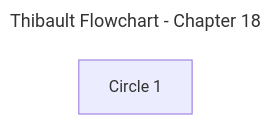
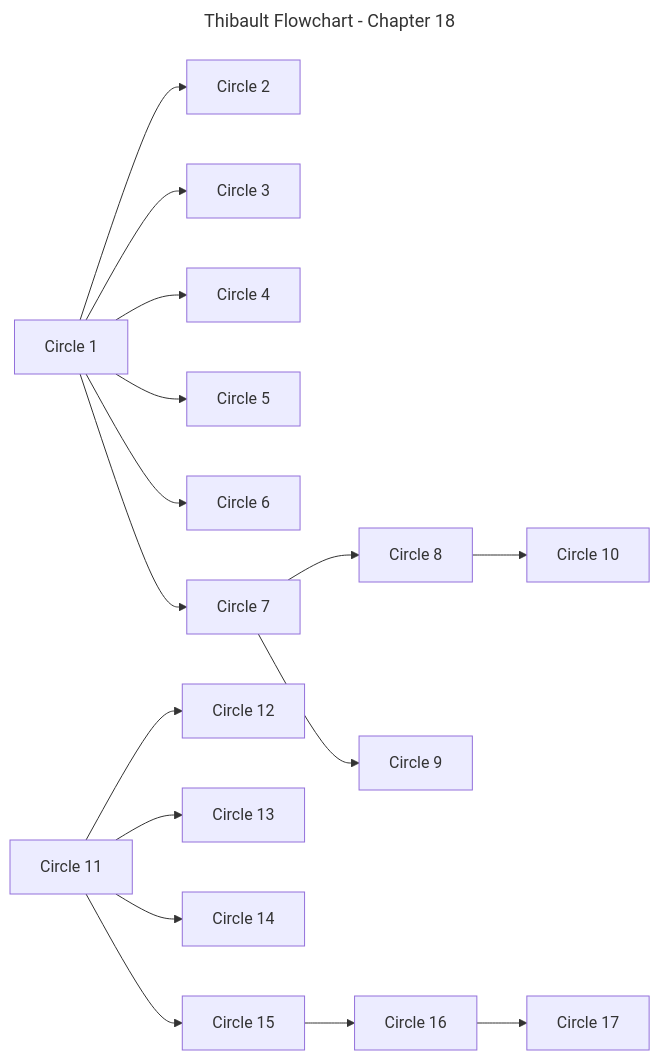
Before and after one commit to aquesnel/thibault-flowchart: the diagram in flowchart-per-chapter/chapter-18.mmd, drawn with Mermaid. The commit also changed other lines of this file, not shown here.

Commit message:
feat(ch18): initial flowchart of the circles

```diff
--- a/flowchart-per-chapter/chapter-18.mmd
+++ b/flowchart-per-chapter/chapter-18.mmd
@@ -1,10 +1,43 @@
 ---
 title: Thibault Flowchart - Chapter 18
 config:
   layout: dagre
   flowchart:
     htmlLabels: false
 ---
 flowchart LR
-	%% Nodes
-	B1_T18_C01["Circle 1"]
+    %% Nodes
+    B1_T18_C01["Circle 1"]
+    B1_T18_C02["Circle 2"]
+    B1_T18_C03["Circle 3"]
+    B1_T18_C04["Circle 4"]
+    B1_T18_C05["Circle 5"]
+    B1_T18_C06["Circle 6"]
+    B1_T18_C07["Circle 7"]
+    B1_T18_C08["Circle 8"]
+    B1_T18_C10["Circle 10"]
+    B1_T18_C09["Circle 9"]
+    B1_T18_C11["Circle 11"]
+    B1_T18_C12["Circle 12"]
+    B1_T18_C13["Circle 13"]
+    B1_T18_C14["Circle 14"]
+    B1_T18_C15["Circle 15"]
+    B1_T18_C16["Circle 16"]
+    B1_T18_C17["Circle 17"]
+
+    %% Edges
+    B1_T18_C01 --> B1_T18_C02
+    B1_T18_C01 --> B1_T18_C03
+    B1_T18_C01 --> B1_T18_C04
+    B1_T18_C01 --> B1_T18_C05
+    B1_T18_C01 --> B1_T18_C06
+    B1_T18_C01 --> B1_T18_C07
+    B1_T18_C07 --> B1_T18_C08
+    B1_T18_C08 --> B1_T18_C10
+    B1_T18_C07 --> B1_T18_C09
+    B1_T18_C11 --> B1_T18_C12
+    B1_T18_C11 --> B1_T18_C13
+    B1_T18_C11 --> B1_T18_C14
+    B1_T18_C11 --> B1_T18_C15
+    B1_T18_C15 --> B1_T18_C16
+    B1_T18_C16 --> B1_T18_C17
```
